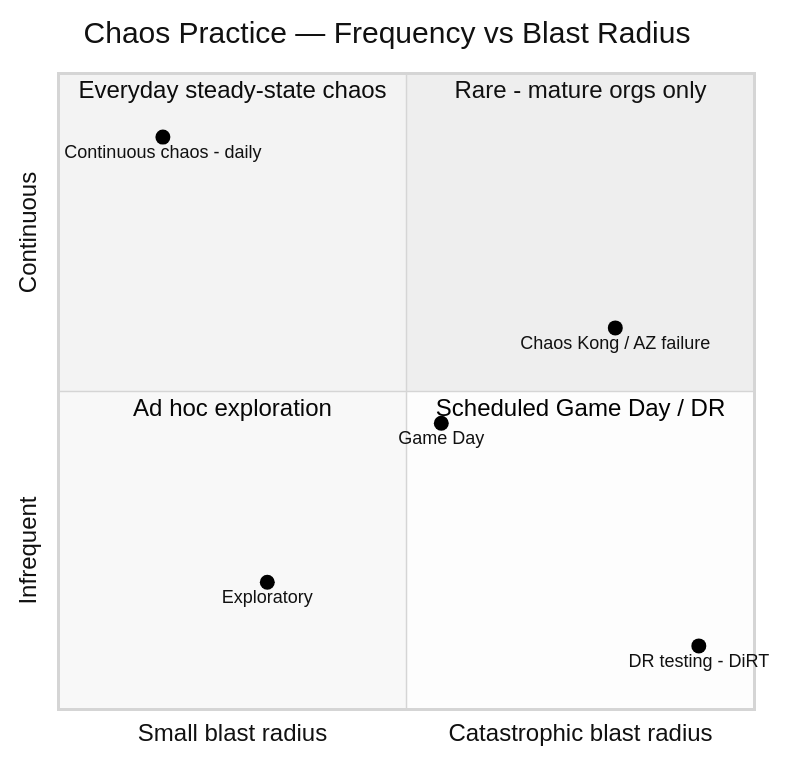
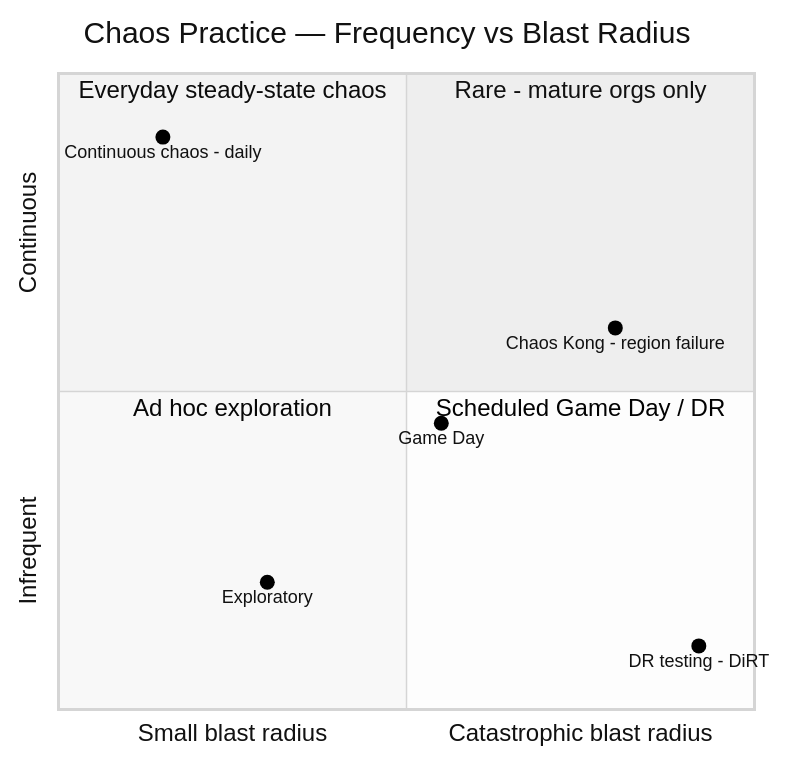
Before and after one commit to rppol/system-design: the first of 4 diagrams in src/main/java/com/rutik/systemdesign/backend/chaos_engineering/README.md, drawn with Mermaid (neutral theme). The commit also changed other lines of this file and 5 other files, not shown here.

````diff
--- a/src/main/java/com/rutik/systemdesign/backend/chaos_engineering/README.md
+++ b/src/main/java/com/rutik/systemdesign/backend/chaos_engineering/README.md
@@ -53,15 +53,15 @@
 ```mermaid
 quadrantChart
     title Chaos Practice — Frequency vs Blast Radius
     x-axis Small blast radius --> Catastrophic blast radius
     y-axis Infrequent --> Continuous
     quadrant-1 Rare - mature orgs only
     quadrant-2 Everyday steady-state chaos
     quadrant-3 Ad hoc exploration
     quadrant-4 Scheduled Game Day / DR
     Continuous chaos - daily: [0.15, 0.9]
     Exploratory: [0.3, 0.2]
     Game Day: [0.55, 0.45]
-    Chaos Kong / AZ failure: [0.8, 0.6]
+    Chaos Kong - region failure: [0.8, 0.6]
     DR testing - DiRT: [0.92, 0.1]
 ```
````
